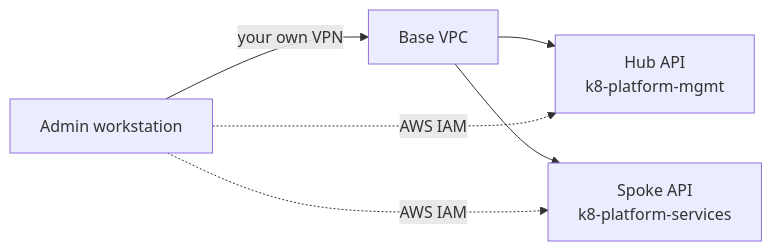
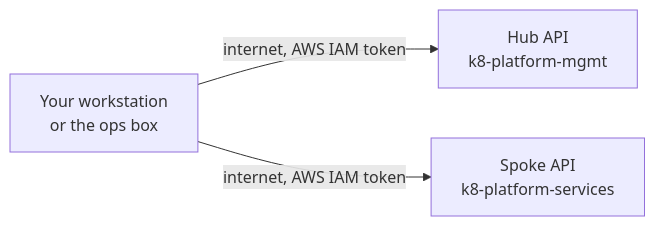
The first of 2 diagrams in docs/site/how-to/admin-access.md (lago-morph/k8s-platform), drawn with Mermaid before and after one commit. The commit also changed other lines of this file, not shown here.

First line of the commit message:
Rewrite admin access page around public endpoints and scripts

````diff
--- a/docs/site/how-to/admin-access.md
+++ b/docs/site/how-to/admin-access.md
@@ -53,8 +57,5 @@
 ```mermaid
 flowchart LR
-    A[Admin workstation] -->|your own VPN| V[Base VPC]
-    V --> H[Hub API<br/>k8-platform-mgmt]
-    V --> S[Spoke API<br/>k8-platform-services]
-    A -.->|AWS IAM| H
-    A -.->|AWS IAM| S
+    A[Your workstation<br/>or the ops box] -->|internet, AWS IAM token| H[Hub API<br/>k8-platform-mgmt]
+    A -->|internet, AWS IAM token| S[Spoke API<br/>k8-platform-services]
 ```
````
